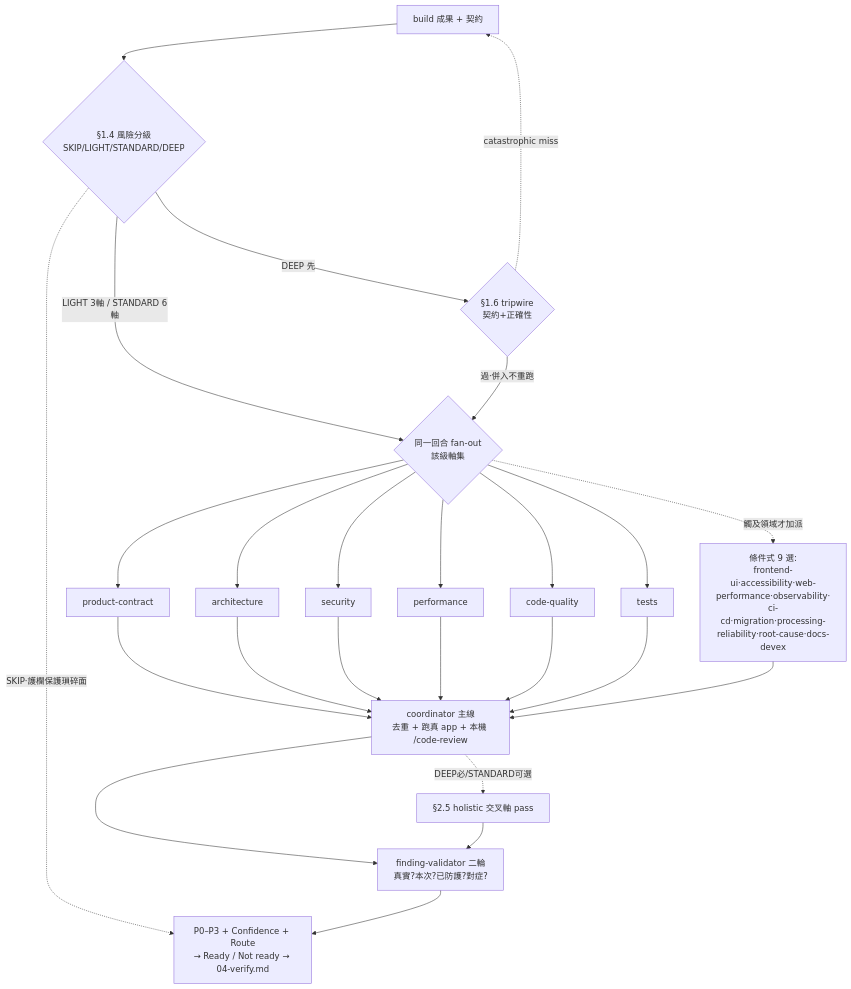
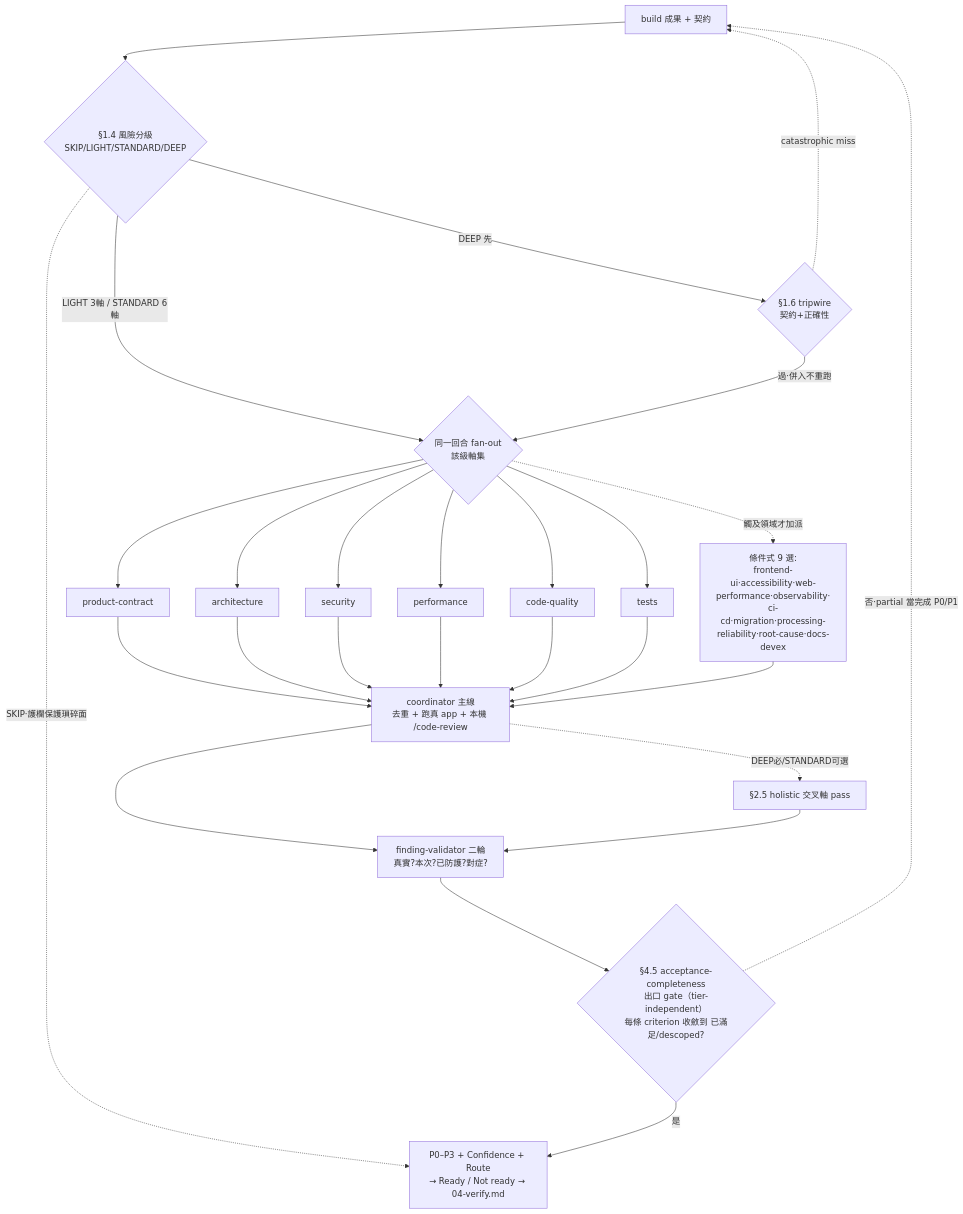
One commit to adha9990/dev-workflows changed the third of 3 diagrams in plugins/loops-workflow/docs/FLOW.md. Above: the diagram before and after it, drawn with Mermaid. The commit also changed other lines of this file and 3 other files, not shown here.

First line of the commit message:
fix(verify): iterate 補強 #59 — FLOW 流程反映 §4.5 gate + 措辭精修

````diff
--- a/plugins/loops-workflow/docs/FLOW.md
+++ b/plugins/loops-workflow/docs/FLOW.md
@@ -165,21 +165,23 @@
 ```mermaid
 flowchart TD
     BUILD[build 成果 + 契約] --> TR{§1.4 風險分級<br/>SKIP/LIGHT/STANDARD/DEEP}
     TR -.SKIP·護欄保護瑣碎面.-> OUT
     TR -->|DEEP 先| TW{§1.6 tripwire<br/>契約+正確性}
     TW -.catastrophic miss.-> BUILD
     TR -->|LIGHT 3軸 / STANDARD 6軸| FAN{同一回合 fan-out<br/>該級軸集}
     TW -->|過·併入不重跑| FAN
     FAN --> C1[product-contract]
     FAN --> C2[architecture]
     FAN --> C3[security]
     FAN --> C4[performance]
     FAN --> C5[code-quality]
     FAN --> C6[tests]
     FAN -.觸及領域才加派.-> COND[條件式 9 選:<br/>frontend-ui·accessibility·web-performance·observability·<br/>ci-cd·migration·processing-reliability·root-cause·docs-devex]
     C1 & C2 & C3 & C4 & C5 & C6 & COND --> CO[coordinator 主線<br/>去重 + 跑真 app + 本機 /code-review]
     CO -.DEEP必/STANDARD可選.-> HOL[§2.5 holistic 交叉軸 pass]
     CO --> FV[finding-validator 二輪<br/>真實?本次?已防護?對症?]
     HOL --> FV
-    FV --> OUT[P0–P3 + Confidence + Route<br/>→ Ready / Not ready → 04-verify.md]
+    FV --> AC{§4.5 acceptance-completeness<br/>出口 gate（tier-independent）<br/>每條 criterion 收斂到 已滿足/descoped?}
+    AC -.否·partial 當完成 P0/P1.-> BUILD
+    AC -->|是| OUT[P0–P3 + Confidence + Route<br/>→ Ready / Not ready → 04-verify.md]
 ```
````
